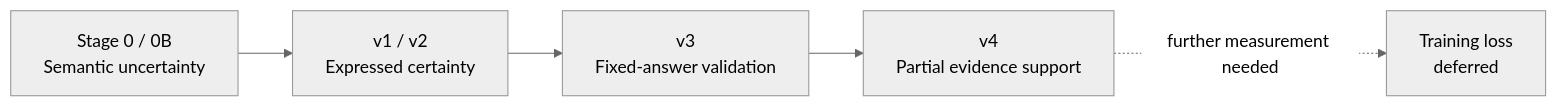
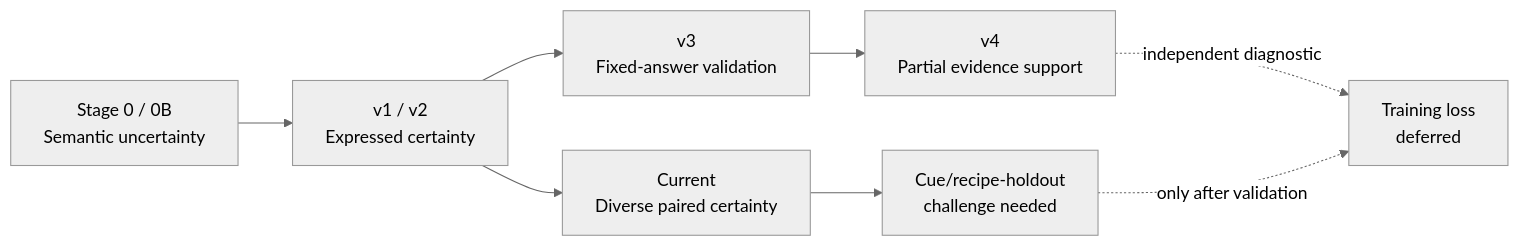
One commit to WenyiJin2003/mechanistic-confidence-sdt changed the diagram in README.md. Above: the diagram before and after it, drawn with Mermaid (neutral theme). The commit also changed other lines of this file and 24 other files, not shown here.

Commit message:
Run diverse-pair multilayer development diagnostic

````diff
--- a/README.md
+++ b/README.md
@@ -67,7 +77,10 @@
 ```mermaid
 flowchart LR
     U["Stage 0 / 0B<br/>Semantic uncertainty"] --> C["v1 / v2<br/>Expressed certainty"]
     C --> S["v3<br/>Fixed-answer validation"]
     S --> E["v4<br/>Partial evidence support"]
-    E -. "further measurement needed" .-> T["Training loss<br/>deferred"]
+    C --> D["Current<br/>Diverse paired certainty"]
+    D --> H["Cue/recipe-holdout<br/>challenge needed"]
+    E -. "independent diagnostic" .-> T["Training loss<br/>deferred"]
+    H -. "only after validation" .-> T
 ```
````
